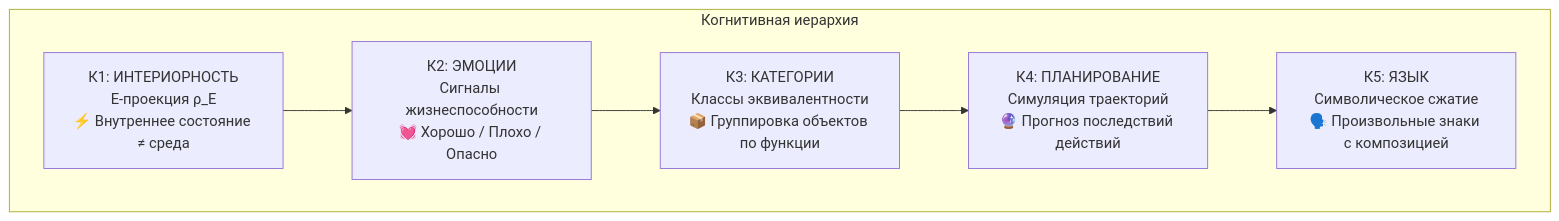
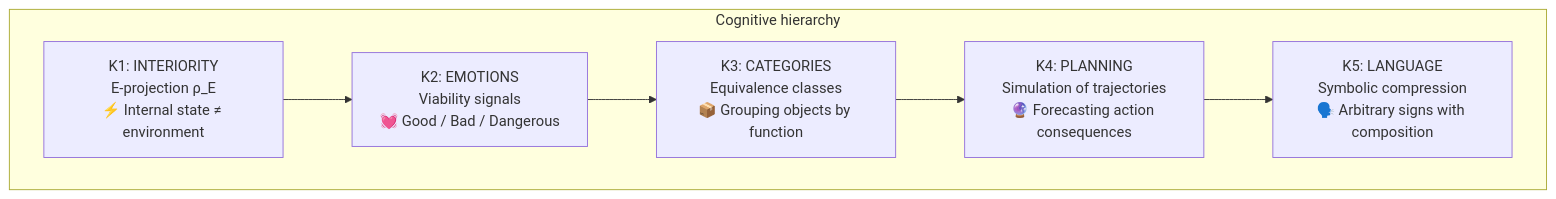
The first of 2 diagrams in website/docs/consciousness/comparative/cognitive-hierarchy.md (gst-st/uhm), drawn with Mermaid before and after one commit. The commit also changed other lines of this file and 79 other files, not shown here.

````diff
--- a/website/docs/consciousness/comparative/cognitive-hierarchy.md
+++ b/website/docs/consciousness/comparative/cognitive-hierarchy.md
@@ -76,11 +76,11 @@
 ```mermaid
 graph TB
-    subgraph "Когнитивная иерархия"
-        K5[К5: ЯЗЫК<br/>Символическое сжатие<br/>🗣️ Произвольные знаки с композицией]
-        K4[К4: ПЛАНИРОВАНИЕ<br/>Симуляция траекторий<br/>🔮 Прогноз последствий действий]
-        K3[К3: КАТЕГОРИИ<br/>Классы эквивалентности<br/>📦 Группировка объектов по функции]
-        K2[К2: ЭМОЦИИ<br/>Сигналы жизнеспособности<br/>💓 Хорошо / Плохо / Опасно]
-        K1[К1: ИНТЕРИОРНОСТЬ<br/>E-проекция ρ_E<br/>⚡ Внутреннее состояние ≠ среда]
+    subgraph "Cognitive hierarchy"
+        K5[K5: LANGUAGE<br/>Symbolic compression<br/>🗣️ Arbitrary signs with composition]
+        K4[K4: PLANNING<br/>Simulation of trajectories<br/>🔮 Forecasting action consequences]
+        K3[K3: CATEGORIES<br/>Equivalence classes<br/>📦 Grouping objects by function]
+        K2[K2: EMOTIONS<br/>Viability signals<br/>💓 Good / Bad / Dangerous]
+        K1[K1: INTERIORITY<br/>E-projection ρ_E<br/>⚡ Internal state ≠ environment]
     end
     K1 --> K2 --> K3 --> K4 --> K5
 ```
````
